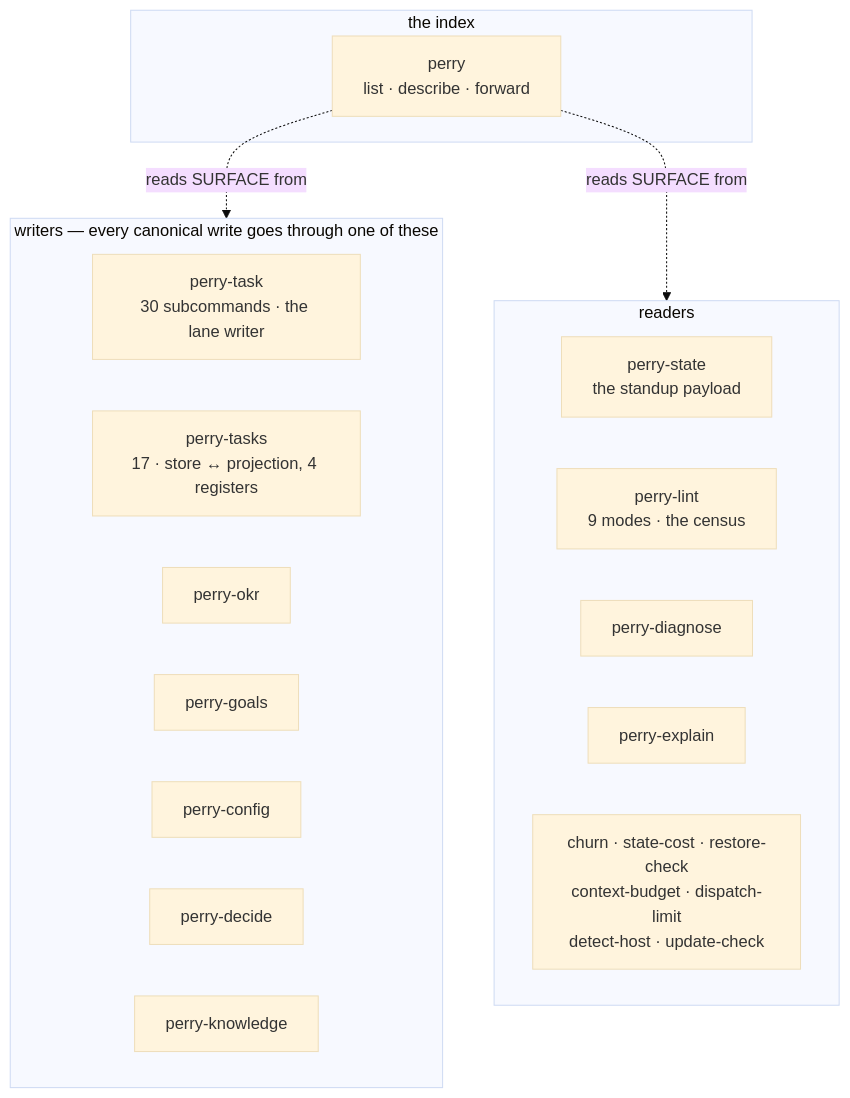
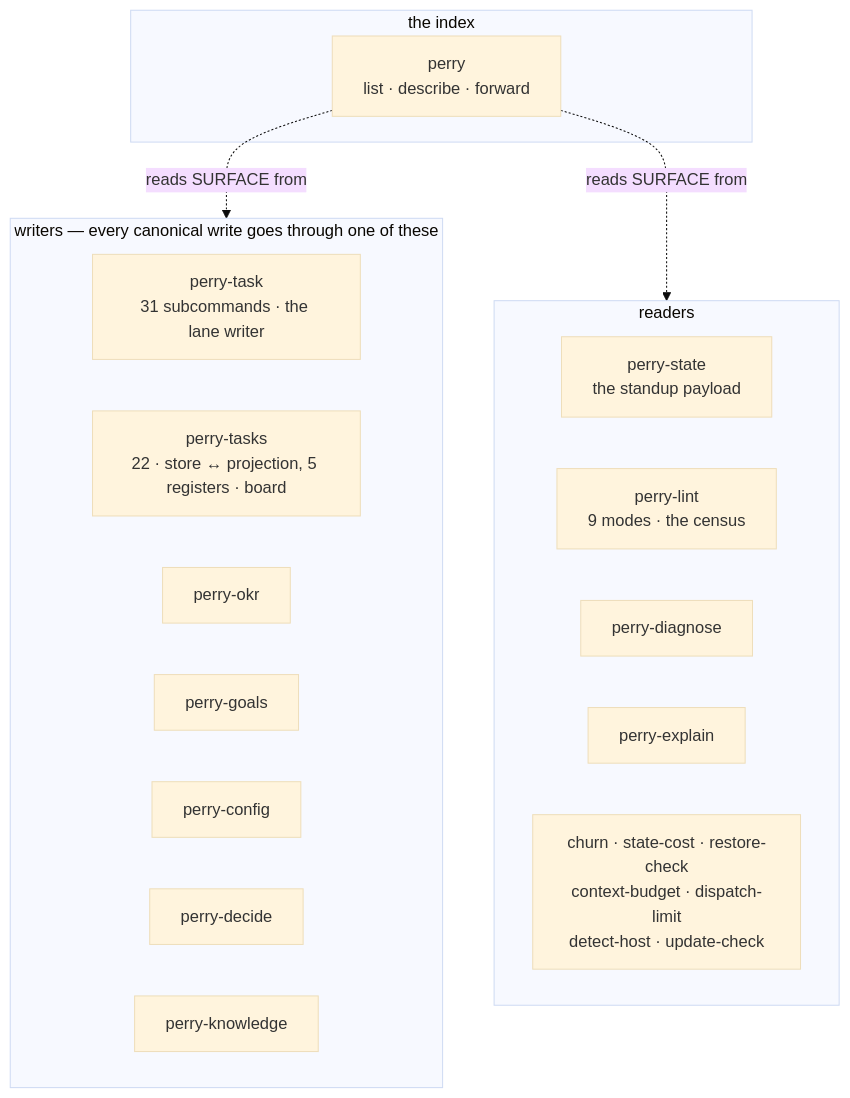
The first of 3 diagrams in bin/ARCHITECTURE.md (ranjiao/Perry), drawn with Mermaid (base theme) before and after one commit. The commit also changed other lines of this file and 2 other files, not shown here.

````diff
--- a/bin/ARCHITECTURE.md
+++ b/bin/ARCHITECTURE.md
@@ -23,24 +23,24 @@
 ```mermaid
 flowchart TD
     subgraph write["writers — every canonical write goes through one of these"]
-        Task["perry-task<br/>30 subcommands · the lane writer"]
-        Tasks["perry-tasks<br/>17 · store ↔ projection, 4 registers"]
+        Task["perry-task<br/>31 subcommands · the lane writer"]
+        Tasks["perry-tasks<br/>22 · store ↔ projection, 5 registers · board"]
         Okr["perry-okr"]
         Goals["perry-goals"]
         Config["perry-config"]
         Decide["perry-decide"]
         Know["perry-knowledge"]
     end
     subgraph read["readers"]
         State["perry-state<br/>the standup payload"]
         Lint["perry-lint<br/>9 modes · the census"]
         Diag["perry-diagnose"]
         Explain["perry-explain"]
         Others["churn · state-cost · restore-check<br/>context-budget · dispatch-limit<br/>detect-host · update-check"]
     end
     subgraph index["the index"]
         Perry["perry<br/>list · describe · forward"]
     end
     Perry -.reads SURFACE from.-> write
     Perry -.reads SURFACE from.-> read
 ```
````
